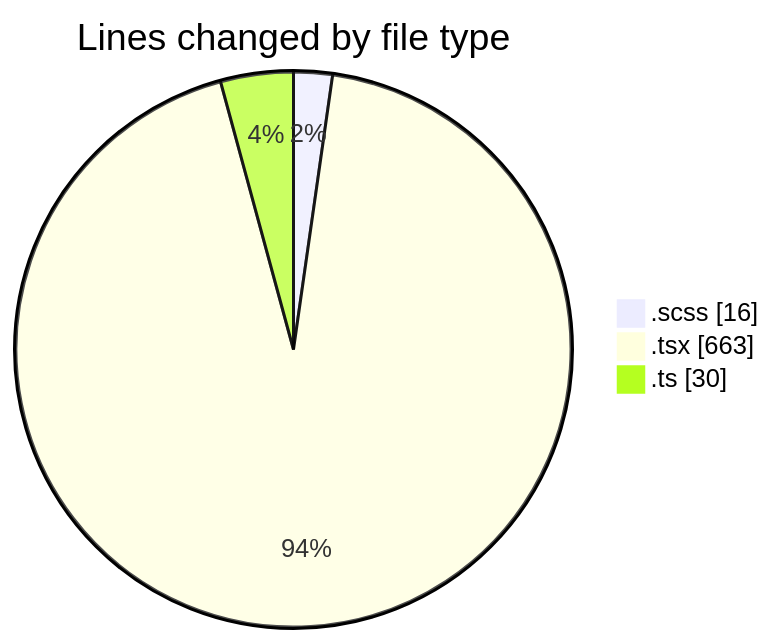
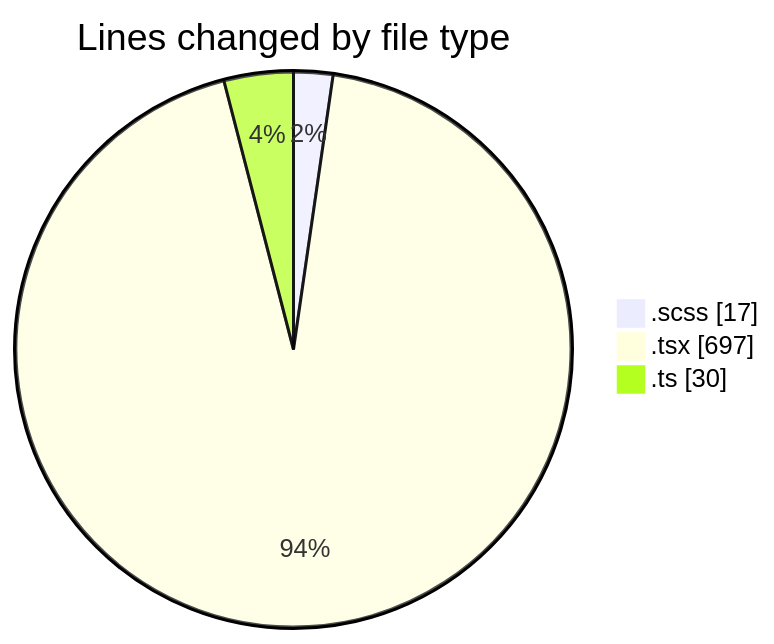
The first of 2 diagrams in 2025-02-27/cda/README.md (momahboobian/code-tracking), drawn with Mermaid before and after one commit. The commit also changed other lines of this file and 1 other file, not shown here.

````diff
--- a/2025-02-27/cda/README.md
+++ b/2025-02-27/cda/README.md
@@ -27,7 +28,7 @@
 ```mermaid
 pie showData
 title Lines changed by file type
-".scss" : 16
-".tsx" : 663
+".scss" : 17
+".tsx" : 697
 ".ts" : 30
 ```
````
